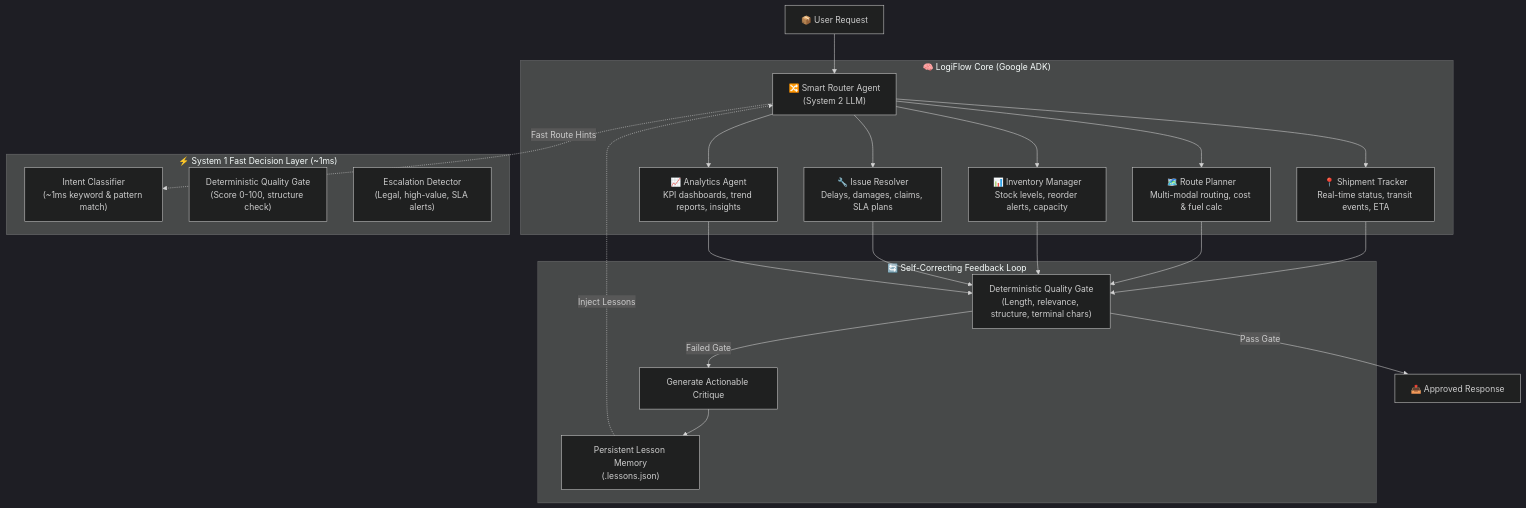
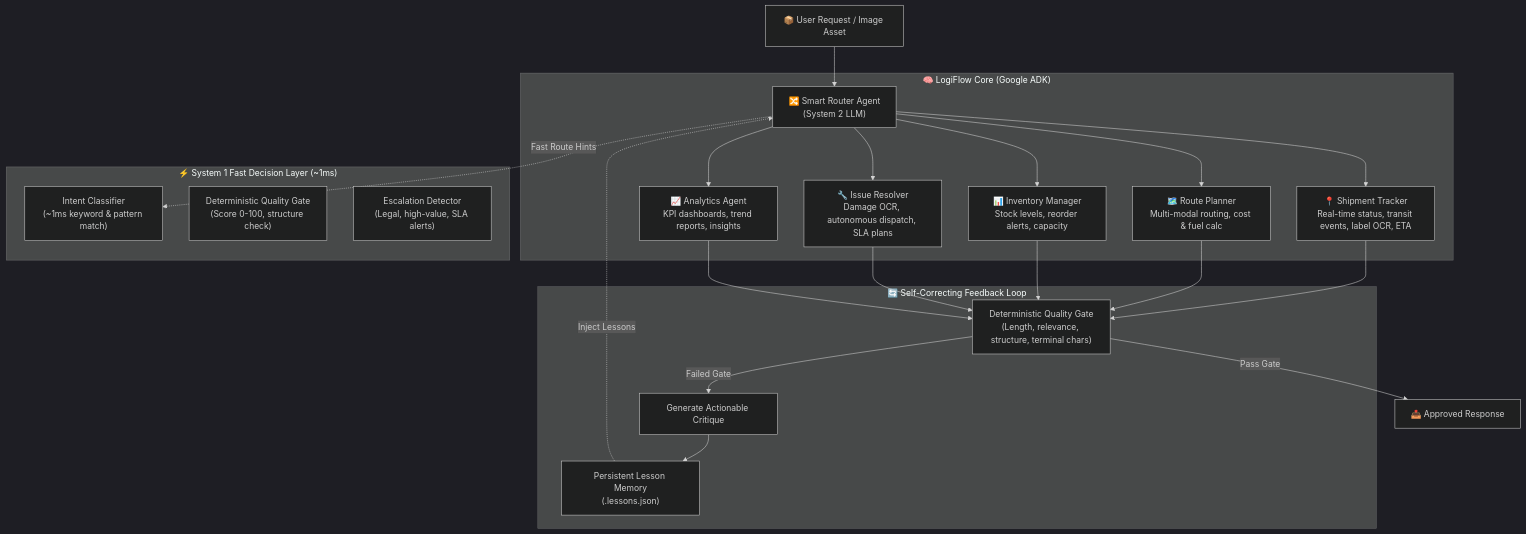
One commit to vinylmav/devfest-logiflow-agent changed the diagram in README.md. Above: the diagram before and after it, drawn with Mermaid (dark theme). The commit also changed other lines of this file and 1 other file, not shown here.

````diff
--- a/README.md
+++ b/README.md
@@ -9,33 +9,33 @@
 ```mermaid
 flowchart TD
-    USER["📦 User Request"] --> ROUTER
+    USER["📦 User Request / Image Asset"] --> ROUTER
 
     subgraph CORE["🧠 LogiFlow Core (Google ADK)"]
         ROUTER["🔀 Smart Router Agent\n(System 2 LLM)"]
         
-        ROUTER --> TRACKER["📍 Shipment Tracker\nReal-time status, transit events, ETA"]
+        ROUTER --> TRACKER["📍 Shipment Tracker\nReal-time status, transit events, label OCR, ETA"]
         ROUTER --> PLANNER["🗺️ Route Planner\nMulti-modal routing, cost & fuel calc"]
         ROUTER --> INVENTORY["📊 Inventory Manager\nStock levels, reorder alerts, capacity"]
-        ROUTER --> RESOLVER["🔧 Issue Resolver\nDelays, damages, claims, SLA plans"]
+        ROUTER --> RESOLVER["🔧 Issue Resolver\nDamage OCR, autonomous dispatch, SLA plans"]
         ROUTER --> ANALYST["📈 Analytics Agent\nKPI dashboards, trend reports, insights"]
     end
 
     subgraph JEV["⚡ System 1 Fast Decision Layer (~1ms)"]
         JEV_INTENT["Intent Classifier\n(~1ms keyword & pattern match)"]
         JEV_QUALITY["Deterministic Quality Gate\n(Score 0-100, structure check)"]
         JEV_ESCALATE["Escalation Detector\n(Legal, high-value, SLA alerts)"]
     end
 
     subgraph FEEDBACK["🔄 Self-Correcting Feedback Loop"]
         EVAL["Deterministic Quality Gate\n(Length, relevance, structure, terminal chars)"]
         CRITIQUE["Generate Actionable Critique"]
         MEMORY["Persistent Lesson Memory\n(.lessons.json)"]
     end
 
     ROUTER -.->|"Fast Route Hints"| JEV_INTENT
     TRACKER & PLANNER & INVENTORY & RESOLVER & ANALYST --> EVAL
     EVAL -->|"Failed Gate"| CRITIQUE
     CRITIQUE --> MEMORY
     MEMORY -.->|"Inject Lessons"| ROUTER
     EVAL -->|"Pass Gate"| RESPONSE["📤 Approved Response"]
 ```
````
